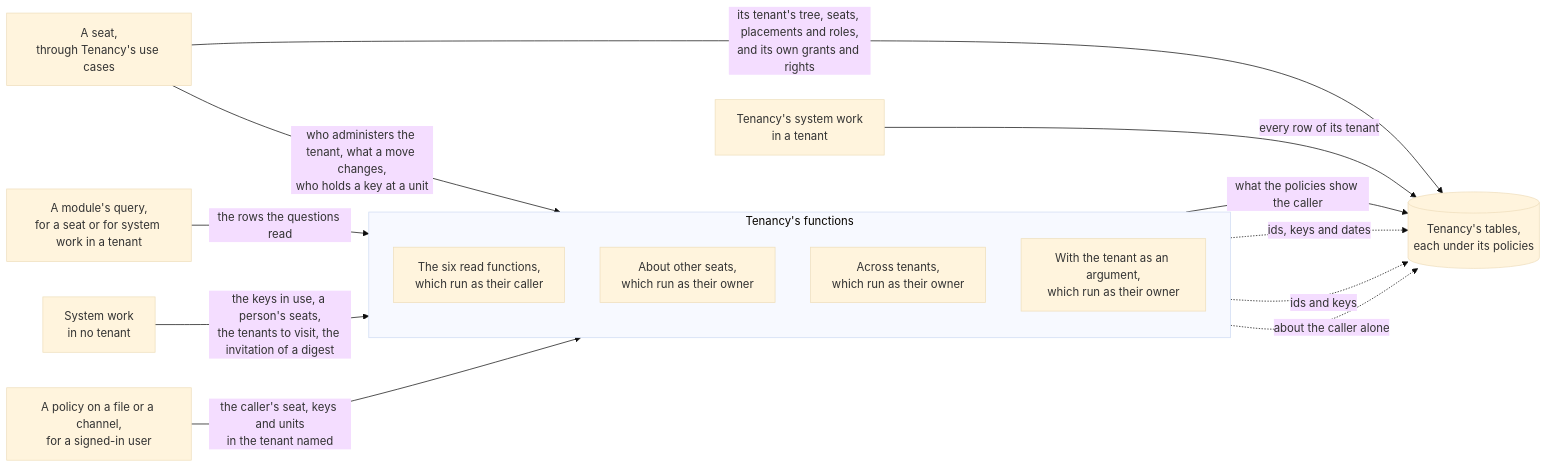
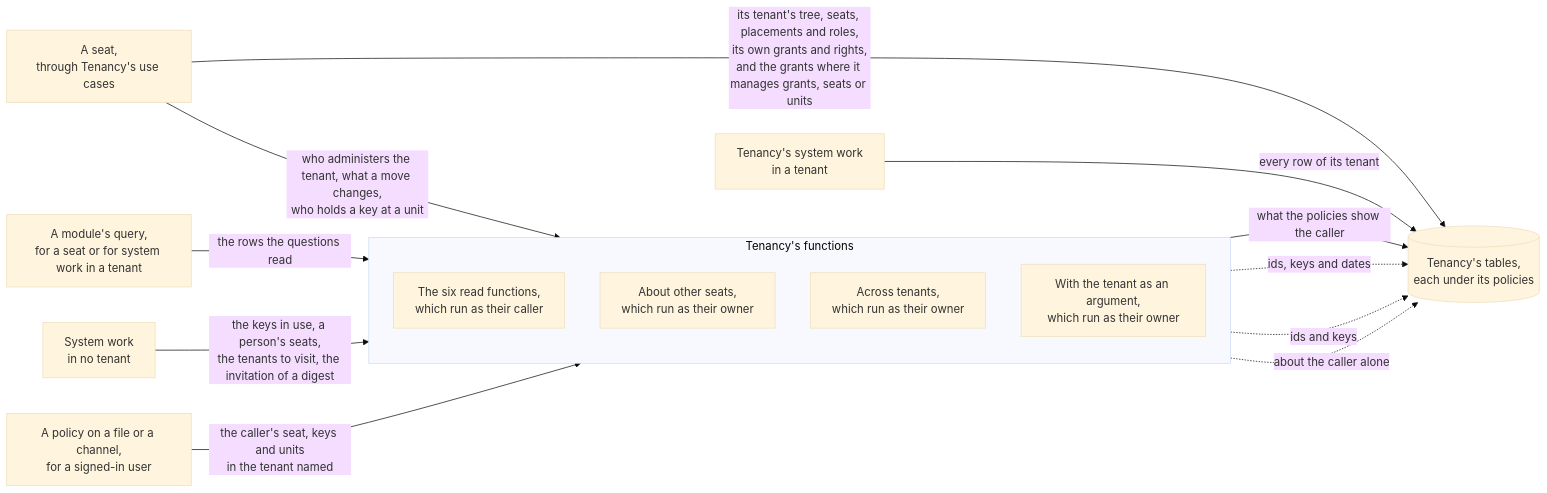
Diagram 23 of 23 in docs/tenancy.md (DylanSnel/DDDToolkit), drawn with Mermaid (base theme) before and after one commit. The commit also changed other lines of this file and 19 other files, not shown here.

First line of the commit message:
Tenancy: a key that manages grants or units reads the grants where it holds, not the whole tenant's

````diff
--- a/docs/tenancy.md
+++ b/docs/tenancy.md
@@ -4183,29 +4184,29 @@
 ```mermaid
 flowchart LR
     Seat["A seat,<br/>through Tenancy's use cases"]
     Work["Tenancy's system work<br/>in a tenant"]
     Module["A module's query,<br/>for a seat or for system work in a tenant"]
     Nowhere["System work<br/>in no tenant"]
     Elsewhere["A policy on a file or a channel,<br/>for a signed-in user"]
 
     subgraph asked ["Tenancy's functions"]
         direction TB
         Read["The six read functions,<br/>which run as their caller"]
         Others["About other seats,<br/>which run as their owner"]
         Across["Across tenants,<br/>which run as their owner"]
         Named["With the tenant as an argument,<br/>which run as their owner"]
     end
 
     Tables[("Tenancy's tables,<br/>each under its policies")]
 
-    Seat -- "its tenant's tree, seats, placements and roles,<br/>and its own grants and rights" --> Tables
+    Seat -- "its tenant's tree, seats, placements and roles,<br/>its own grants and rights,<br/>and the grants where it manages grants, seats or units" --> Tables
     Work -- "every row of its tenant" --> Tables
     Seat -- "who administers the tenant, what a move changes,<br/>who holds a key at a unit" --> Others
     Module -- "the rows the questions read" --> Read
     Read -- "what the policies show the caller" --> Tables
     Nowhere -- "the keys in use, a person's seats,<br/>the tenants to visit, the invitation of a digest" --> Across
     Elsewhere -- "the caller's seat, keys and units<br/>in the tenant named" --> Named
     Others -. "ids, keys and dates" .-> Tables
     Across -. "ids and keys" .-> Tables
     Named -. "about the caller alone" .-> Tables
 ```
````
